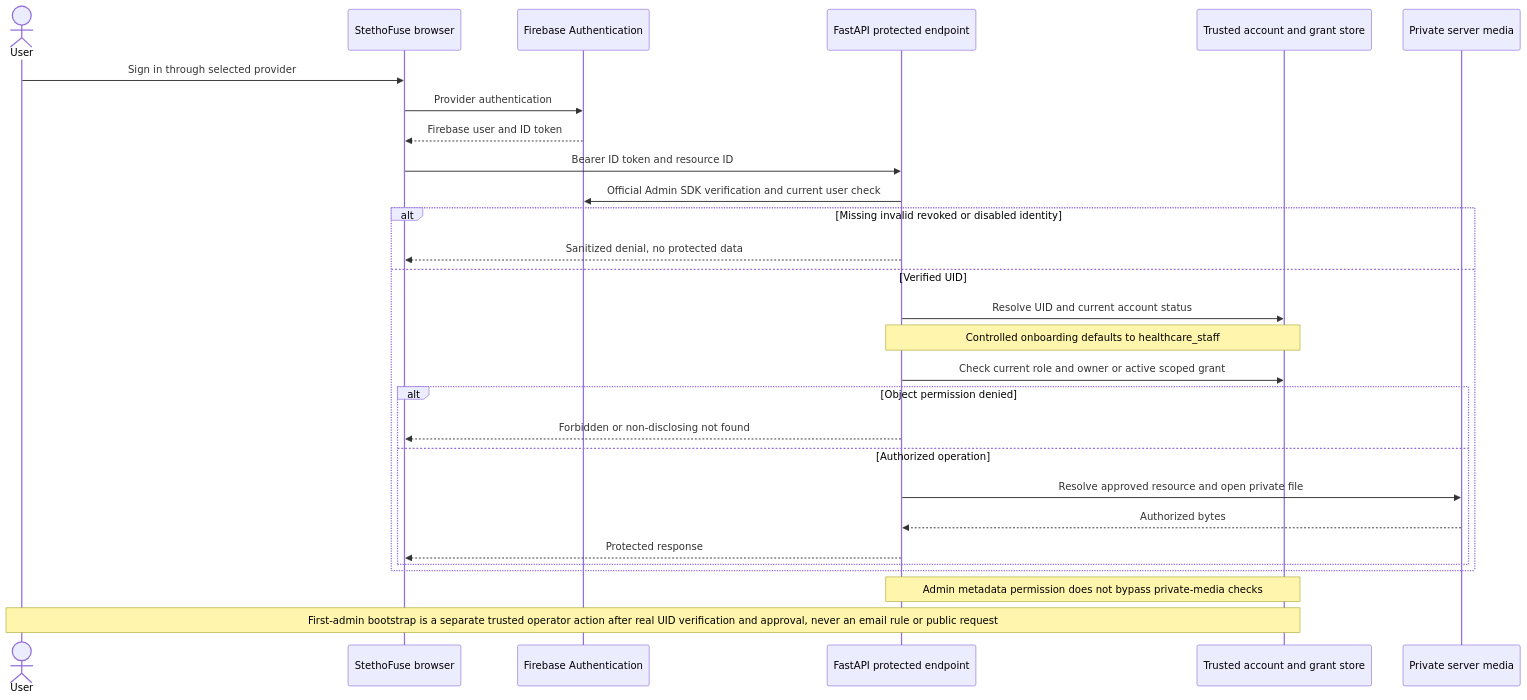
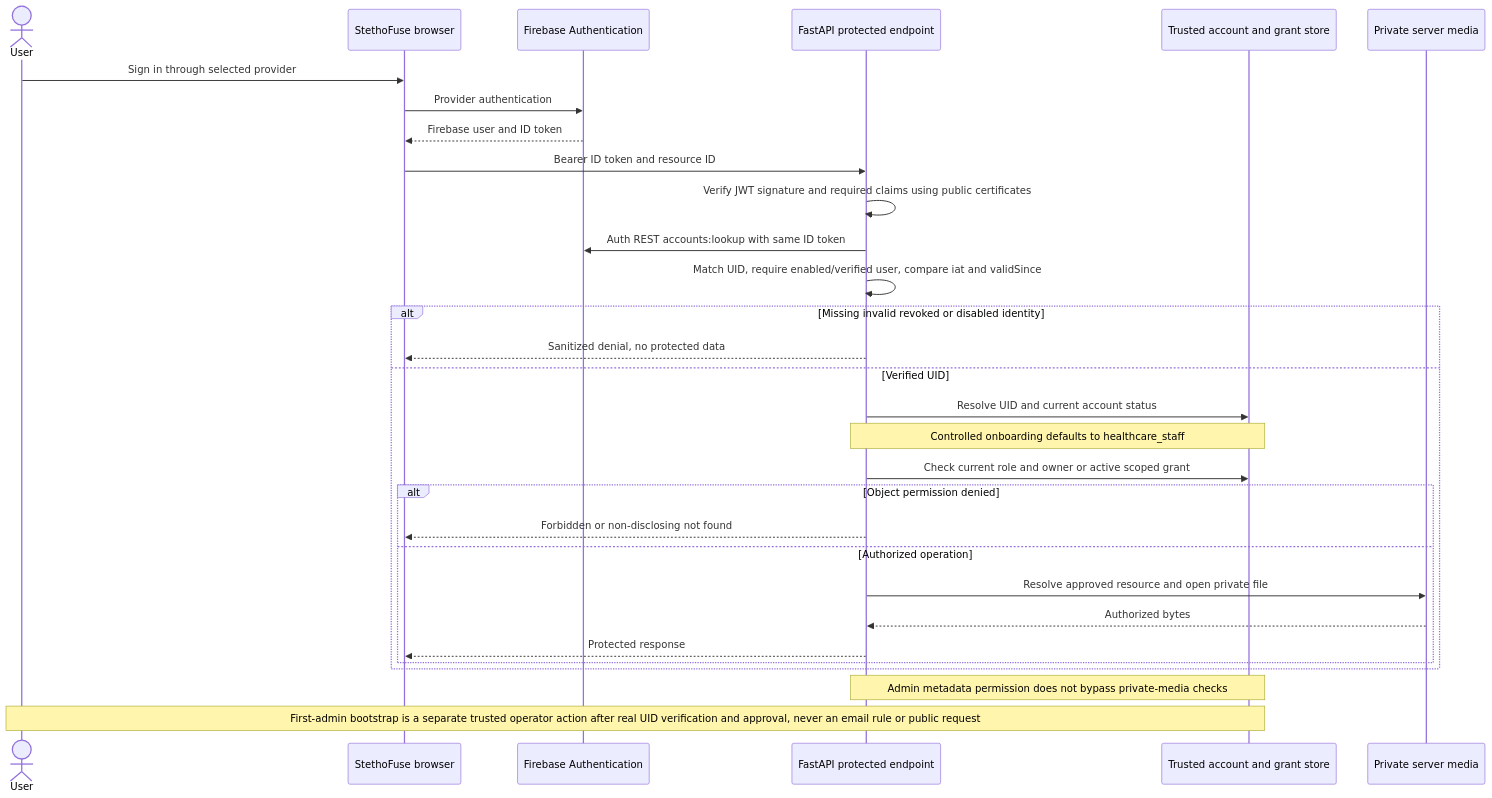
Before and after one commit to ASHRAF-2004/fyp-cardiopulmonary-sound-separation-report: the diagram in fyp2/design/m1-auth-sequence.mmd, drawn with Mermaid. The commit also changed 6 other files, not shown here.

```diff
--- a/fyp2/design/m1-auth-sequence.mmd
+++ b/fyp2/design/m1-auth-sequence.mmd
@@ -1,29 +1,31 @@
-%% M1 target design, not a trace of a successful live run.
+%% Deployed M1 identity/resource flow; edge-case branches retain MOCK evidence.
 sequenceDiagram
     actor User
     participant Browser as StethoFuse browser
     participant Firebase as Firebase Authentication
     participant API as FastAPI protected endpoint
     participant Store as Trusted account and grant store
     participant Media as Private server media
     User->>Browser: Sign in through selected provider
     Browser->>Firebase: Provider authentication
     Firebase-->>Browser: Firebase user and ID token
     Browser->>API: Bearer ID token and resource ID
-    API->>Firebase: Official Admin SDK verification and current user check
+    API->>API: Verify JWT signature and required claims using public certificates
+    API->>Firebase: Auth REST accounts:lookup with same ID token
+    API->>API: Match UID, require enabled/verified user, compare iat and validSince
     alt Missing invalid revoked or disabled identity
         API-->>Browser: Sanitized denial, no protected data
     else Verified UID
         API->>Store: Resolve UID and current account status
         Note over API,Store: Controlled onboarding defaults to healthcare_staff
         API->>Store: Check current role and owner or active scoped grant
         alt Object permission denied
             API-->>Browser: Forbidden or non-disclosing not found
         else Authorized operation
             API->>Media: Resolve approved resource and open private file
             Media-->>API: Authorized bytes
             API-->>Browser: Protected response
         end
     end
     Note over API,Store: Admin metadata permission does not bypass private-media checks
     Note over User,Store: First-admin bootstrap is a separate trusted operator action after real UID verification and approval, never an email rule or public request
```
